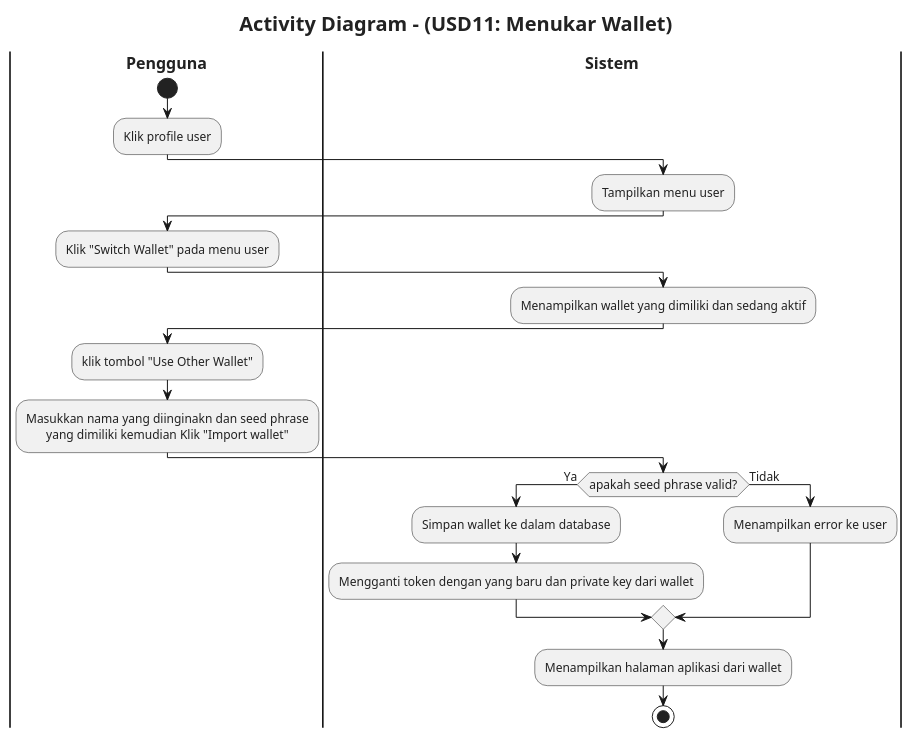
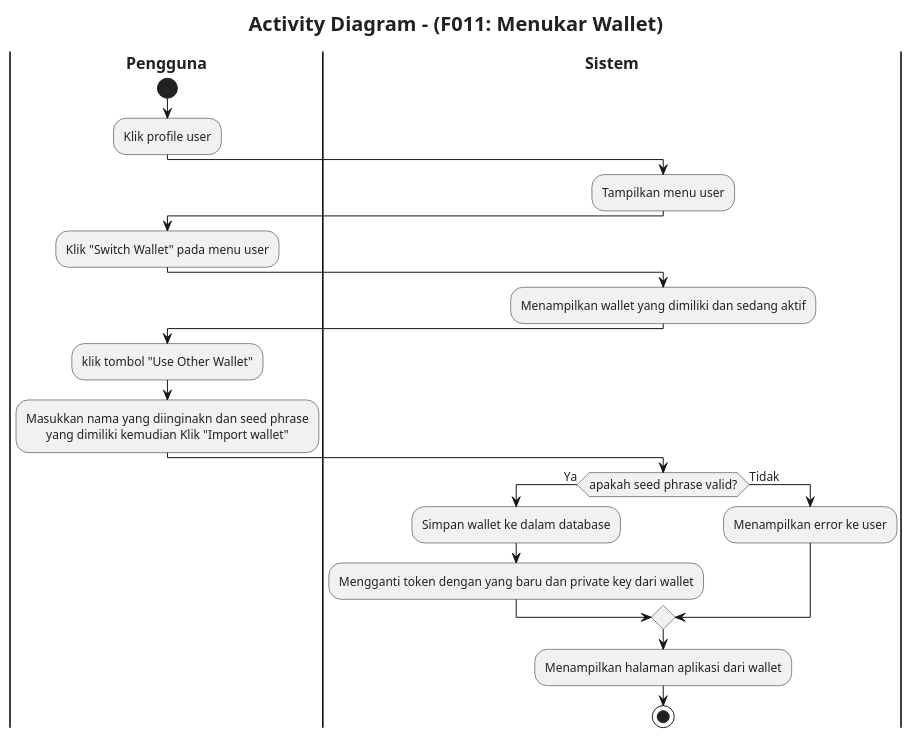
Before and after one commit to syafiq-ubay/walldoc-plantUML: the diagram in activity-diagram/11_Menukar wallet.puml, drawn with PlantUML. The commit also changed 12 other files, not shown here.

Commit message:
fiix code activity diagram

```diff
--- a/activity-diagram/11_Menukar wallet.puml
+++ b/activity-diagram/11_Menukar wallet.puml
@@ -1,33 +1,33 @@
 @startuml
 'https://plantuml.com/activity-diagram-beta
 skinparam defaultFontName "JetBrains Mono"
 skinparam defaultFontSize 12
 skinparam defaultFontColor #222222
 skinparam titleFontSize 20
 skinparam DefaultTextAlignment center
-title Activity Diagram - (USD11: Menukar Wallet)
+title Activity Diagram - (F011: Menukar Wallet)
 
 |<b><font size=16>Pengguna</font></b>|
 start
 :Klik profile user;
 |<b><font size=16>Sistem</font></b>|
 :Tampilkan menu user;
 |<b><font size=16>Pengguna</font></b>|
 :Klik "Switch Wallet" pada menu user;
 |<b><font size=16>Sistem</font></b>|
 :Menampilkan wallet yang dimiliki dan sedang aktif;
 |<b><font size=16>Pengguna</font></b>|
 :klik tombol "Use Other Wallet";
 :Masukkan nama yang diinginakn dan seed phrase
 yang dimiliki kemudian Klik "Import wallet";
 |<b><font size=16>Sistem</font></b>|
 if (apakah seed phrase valid?) then (Ya)
     :Simpan wallet ke dalam database;
     :Mengganti token dengan yang baru dan private key dari wallet;
     else (Tidak)
     :Menampilkan error ke user;
   endif
   :Menampilkan halaman aplikasi dari wallet;
 stop
 
 @enduml
```
